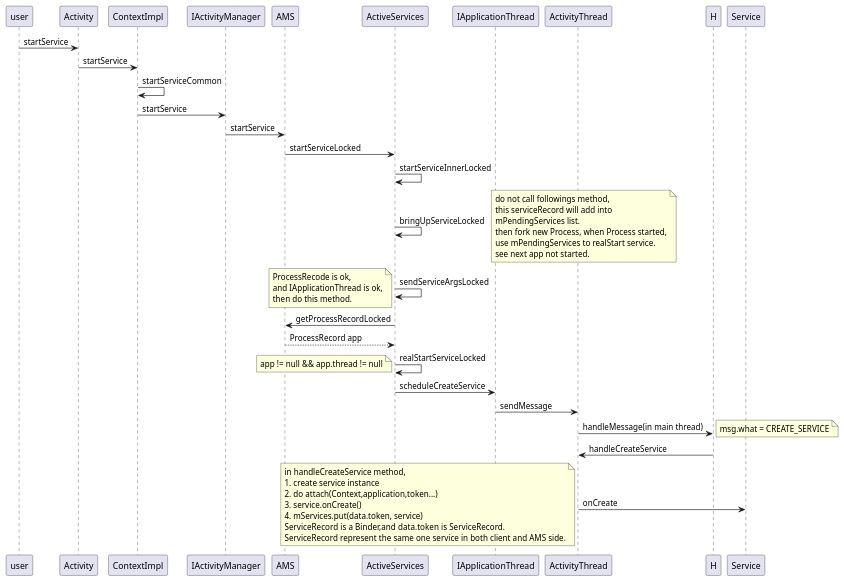
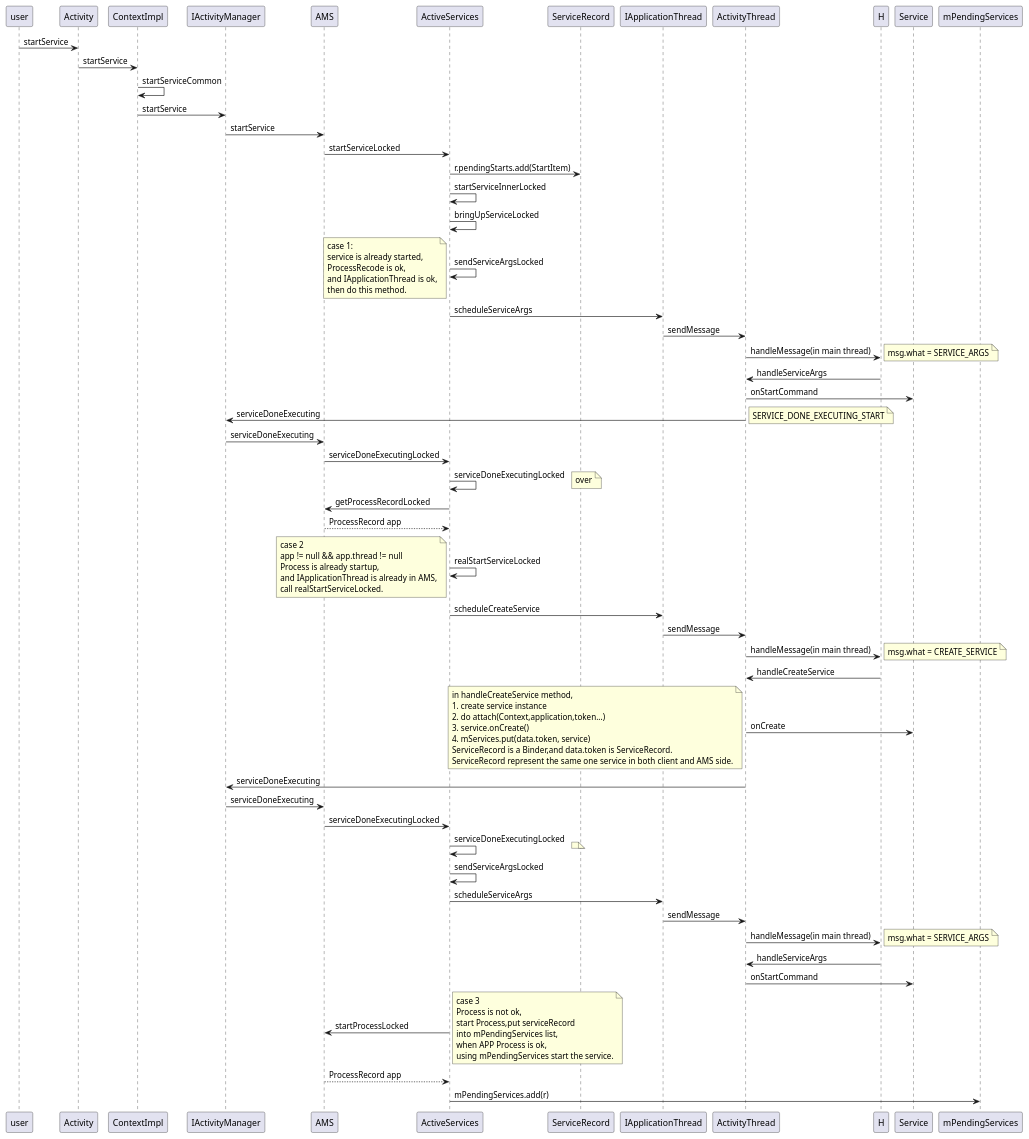
One commit to KentTJ/ImoocRxJavaStudy changed the diagram in docs/service的启动原理_应用进程已启_01.puml. Above: the diagram before and after it, drawn with PlantUML.

Commit message:
Service的启动流程流程图。

```diff
--- a/docs/service的启动原理_应用进程已启_01.puml
+++ b/docs/service的启动原理_应用进程已启_01.puml
@@ -1,49 +1,101 @@
 @startuml
 user -> Activity: startService
 Activity -> ContextImpl: startService
 ContextImpl -> ContextImpl: startServiceCommon
 ContextImpl -> IActivityManager: startService
 
 IActivityManager -> AMS: startService
 AMS -> ActiveServices: startServiceLocked
+ActiveServices -> ServiceRecord: r.pendingStarts.add(StartItem)
 ActiveServices -> ActiveServices: startServiceInnerLocked
 ActiveServices -> ActiveServices: bringUpServiceLocked
-note right
-do not call followings method,
-this serviceRecord will add into
-mPendingServices list.
-then fork new Process, when Process started,
-use mPendingServices to realStart service.
-see next app not started.
-end note
+'case 1 begin'
 ActiveServices -> ActiveServices: sendServiceArgsLocked
+
 note left
+case 1:
+service is already started,
 ProcessRecode is ok,
 and IApplicationThread is ok,
 then do this method.
 end note
+
+ActiveServices -> IApplicationThread: scheduleServiceArgs
+IApplicationThread -> ActivityThread: sendMessage
+ActivityThread -> H: handleMessage(in main thread)
+note right: msg.what = SERVICE_ARGS
+H -> ActivityThread: handleServiceArgs
+ActivityThread -> Service: onStartCommand
+ActivityThread -> IActivityManager: serviceDoneExecuting
+note right: SERVICE_DONE_EXECUTING_START
+IActivityManager -> AMS: serviceDoneExecuting
+AMS -> ActiveServices: serviceDoneExecutingLocked
+ActiveServices -> ActiveServices: serviceDoneExecutingLocked
+note right: over
+
+'this case over, service started finished and ok.'
+'case 1 end'
+
+
+'case 2 begin'
 ActiveServices -> AMS:getProcessRecordLocked
 AMS --> ActiveServices: ProcessRecord app
 ActiveServices -> ActiveServices: realStartServiceLocked
-note left: app != null && app.thread != null
+
+note left
+case 2
+app != null && app.thread != null
+Process is already startup,
+and IApplicationThread is already in AMS,
+call realStartServiceLocked.
+end note
+
 ActiveServices -> IApplicationThread: scheduleCreateService
 IApplicationThread -> ActivityThread: sendMessage
 ActivityThread -> H: handleMessage(in main thread)
 note right: msg.what = CREATE_SERVICE
 H -> ActivityThread: handleCreateService
 ActivityThread -> Service: onCreate
 note left
 in handleCreateService method,
 1. create service instance
 2. do attach(Context,application,token...)
 3. service.onCreate()
 4. mServices.put(data.token, service)
 ServiceRecord is a Binder,and data.token is ServiceRecord.
 ServiceRecord represent the same one service in both client and AMS side.
 end note
+ActivityThread -> IActivityManager: serviceDoneExecuting
+IActivityManager -> AMS: serviceDoneExecuting
+AMS -> ActiveServices: serviceDoneExecutingLocked
+ActiveServices -> ActiveServices: serviceDoneExecutingLocked
+note right:
 
+ActiveServices -> ActiveServices: sendServiceArgsLocked
+ActiveServices -> IApplicationThread: scheduleServiceArgs
+IApplicationThread -> ActivityThread: sendMessage
+ActivityThread -> H: handleMessage(in main thread)
+note right: msg.what = SERVICE_ARGS
+H -> ActivityThread: handleServiceArgs
+ActivityThread -> Service: onStartCommand
 
+'case 2 end'
 
+'case 3 begin'
+'startProcessLocked'
+'mPendingServices.add(r)'
+ActiveServices -> AMS: startProcessLocked
+note right
+case 3
+Process is not ok,
+start Process,put serviceRecord
+into mPendingServices list,
+when APP Process is ok,
+using mPendingServices start the service.
+end note
+AMS --> ActiveServices: ProcessRecord app
+ActiveServices -> mPendingServices: mPendingServices.add(r)
+'case 3 end'
 
 
 @enduml
```
